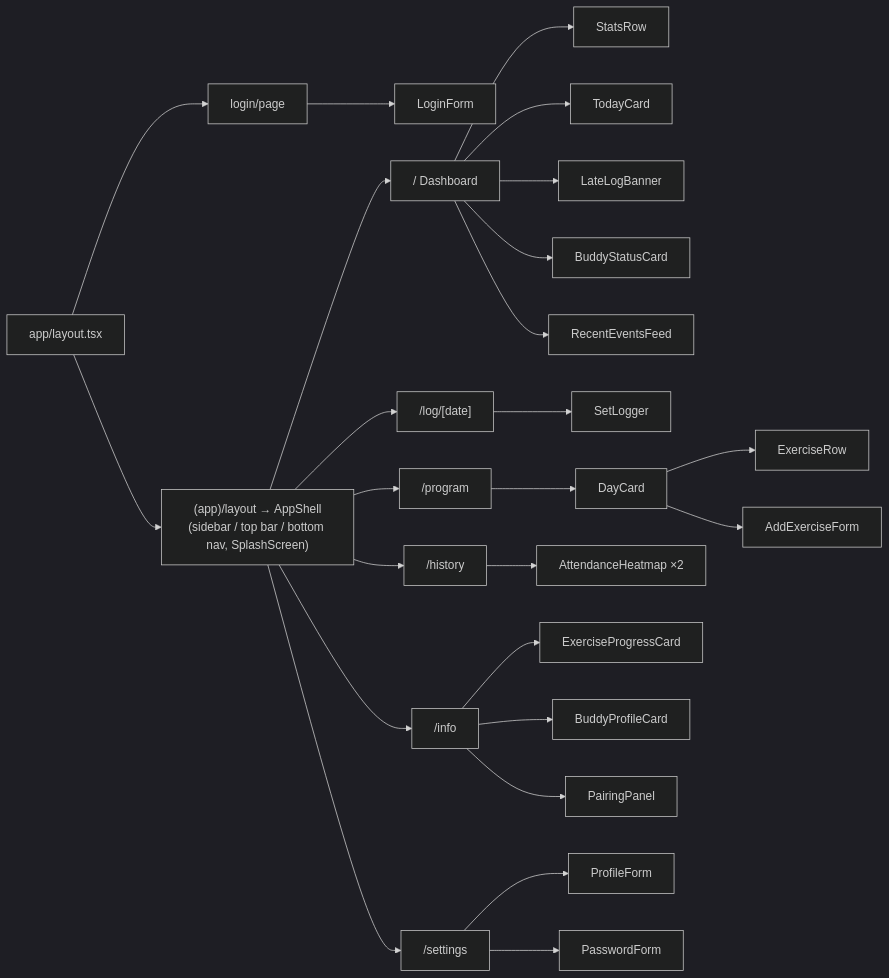
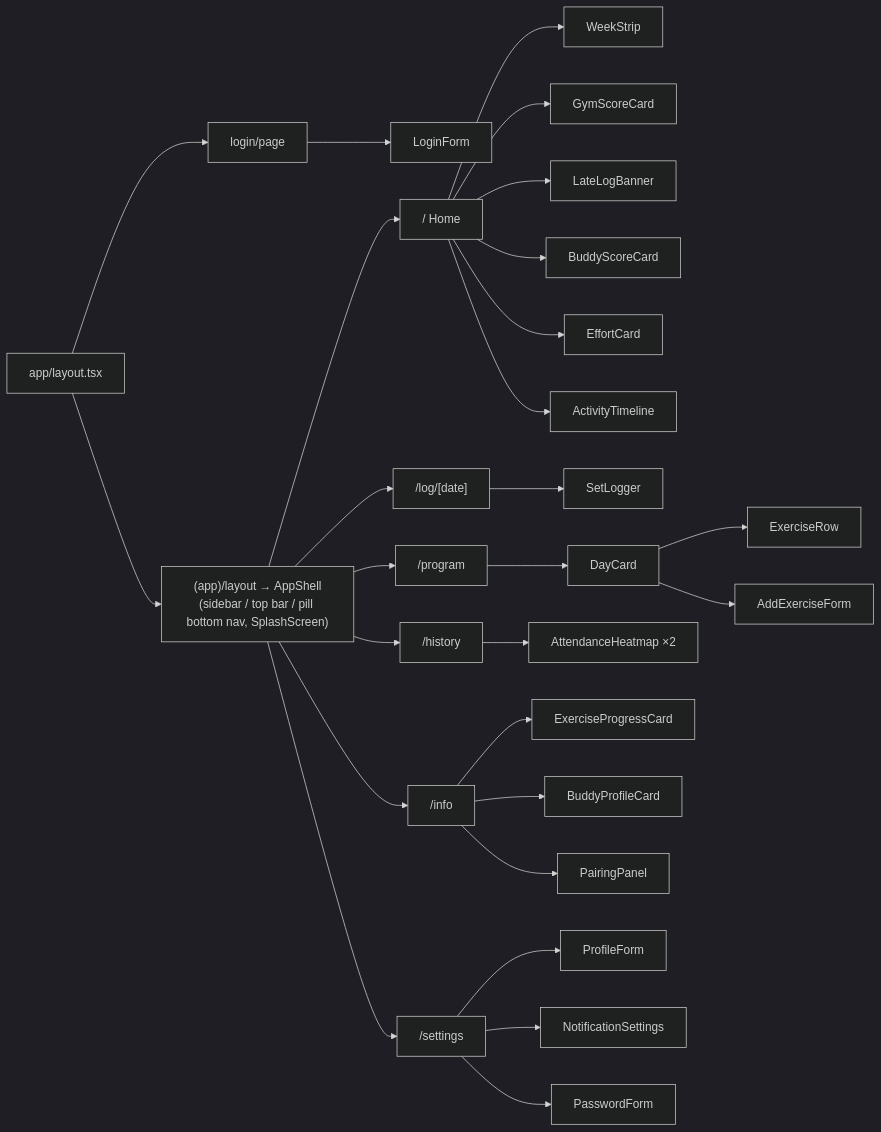
Before and after one commit to YanWirdiny/DUO: diagram 17 of 18 in ARCHITECTURE.md, drawn with Mermaid (dark theme). The commit also changed other lines of this file and 51 other files, not shown here.

````diff
--- a/ARCHITECTURE.md
+++ b/ARCHITECTURE.md
@@ -704,11 +941,11 @@
 ```mermaid
 flowchart LR
     RL["app/layout.tsx"] --> LG["login/page"] --> LF["LoginForm"]
-    RL --> AL["(app)/layout → AppShell<br/>(sidebar / top bar / bottom nav, SplashScreen)"]
-    AL --> DP["/ Dashboard"] --> SR["StatsRow"] & TC["TodayCard"] & LB["LateLogBanner"] & BS["BuddyStatusCard"] & RF["RecentEventsFeed"]
+    RL --> AL["(app)/layout → AppShell<br/>(sidebar / top bar / pill bottom nav, SplashScreen)"]
+    AL --> DP["/ Home"] --> WS["WeekStrip"] & GS["GymScoreCard"] & LB["LateLogBanner"] & BC["BuddyScoreCard"] & EF["EffortCard"] & AT["ActivityTimeline"]
     AL --> LP["/log/[date]"] --> SL["SetLogger"]
     AL --> PR["/program"] --> DC["DayCard"] --> ER["ExerciseRow"] & AF["AddExerciseForm"]
     AL --> HI["/history"] --> HM["AttendanceHeatmap ×2"]
     AL --> IN["/info"] --> EPC["ExerciseProgressCard"] & BPC["BuddyProfileCard"] & PP["PairingPanel"]
-    AL --> ST["/settings"] --> PF["ProfileForm"] & PWF["PasswordForm"]
+    AL --> ST["/settings"] --> PF["ProfileForm"] & NSC["NotificationSettings"] & PWF["PasswordForm"]
 ```
````
